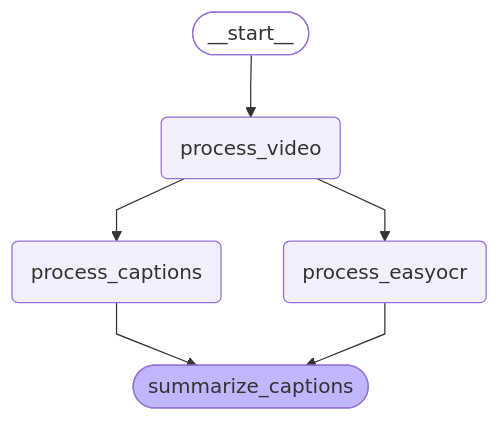
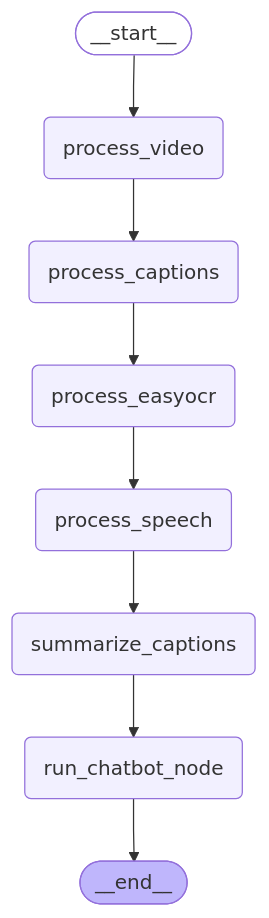
One commit to Snehagupta13/Video_summarizer changed the diagram in workflow.mmd. Above: the diagram before and after it, drawn with Mermaid. The commit also changed 1 other file, not shown here.

```diff
--- a/workflow.mmd
+++ b/workflow.mmd
@@ -1,19 +1,24 @@
 ---
 config:
   flowchart:
     curve: linear
 ---
 graph TD;
 	__start__([<p>__start__</p>]):::first
 	process_video(process_video)
 	process_captions(process_captions)
 	process_easyocr(process_easyocr)
-	summarize_captions([summarize_captions]):::last
+	process_speech(process_speech)
+	summarize_captions(summarize_captions)
+	run_chatbot_node(run_chatbot_node)
+	__end__([<p>__end__</p>]):::last
 	__start__ --> process_video;
-	process_captions --> summarize_captions;
-	process_easyocr --> summarize_captions;
+	process_captions --> process_easyocr;
+	process_easyocr --> process_speech;
+	process_speech --> summarize_captions;
 	process_video --> process_captions;
-	process_video --> process_easyocr;
+	summarize_captions --> run_chatbot_node;
+	run_chatbot_node --> __end__;
 	classDef default fill:#f2f0ff,line-height:1.2
 	classDef first fill-opacity:0
 	classDef last fill:#bfb6fc
```
